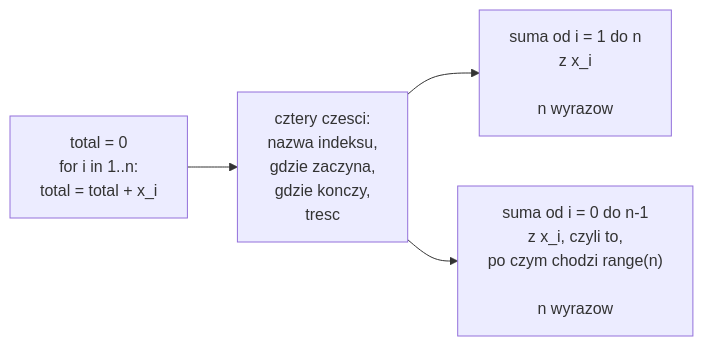
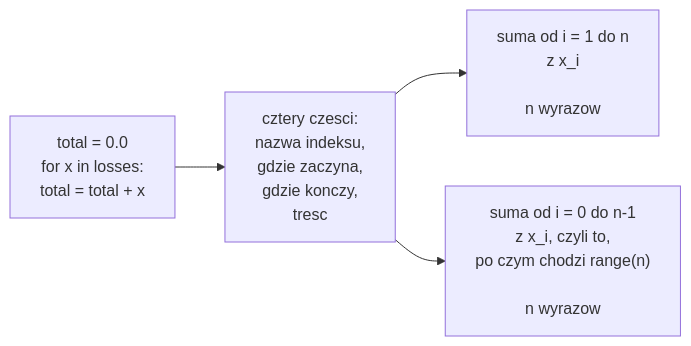
Before and after one commit to konradcinkusz/math-for-ai-engineers: the diagram in figures/mermaid/pl/f04-sigma-as-loop.mmd, drawn with Mermaid. The commit also changed 22 other files, not shown here.

```diff
--- a/figures/mermaid/pl/f04-sigma-as-loop.mmd
+++ b/figures/mermaid/pl/f04-sigma-as-loop.mmd
@@ -1,5 +1,5 @@
 flowchart LR
-  A["total = 0<br/>for i in 1..n:<br/>total = total + x_i"]
+  A["total = 0.0<br/>for x in losses:<br/>total = total + x"]
   A --> B["cztery czesci:<br/>nazwa indeksu,<br/>gdzie zaczyna,<br/>gdzie konczy,<br/>tresc"]
   B --> C["suma od i = 1 do n<br/>z x_i<br/><br/>n wyrazow"]
   B --> D["suma od i = 0 do n-1<br/>z x_i, czyli to,<br/>po czym chodzi range(n)<br/><br/>n wyrazow"]
```
